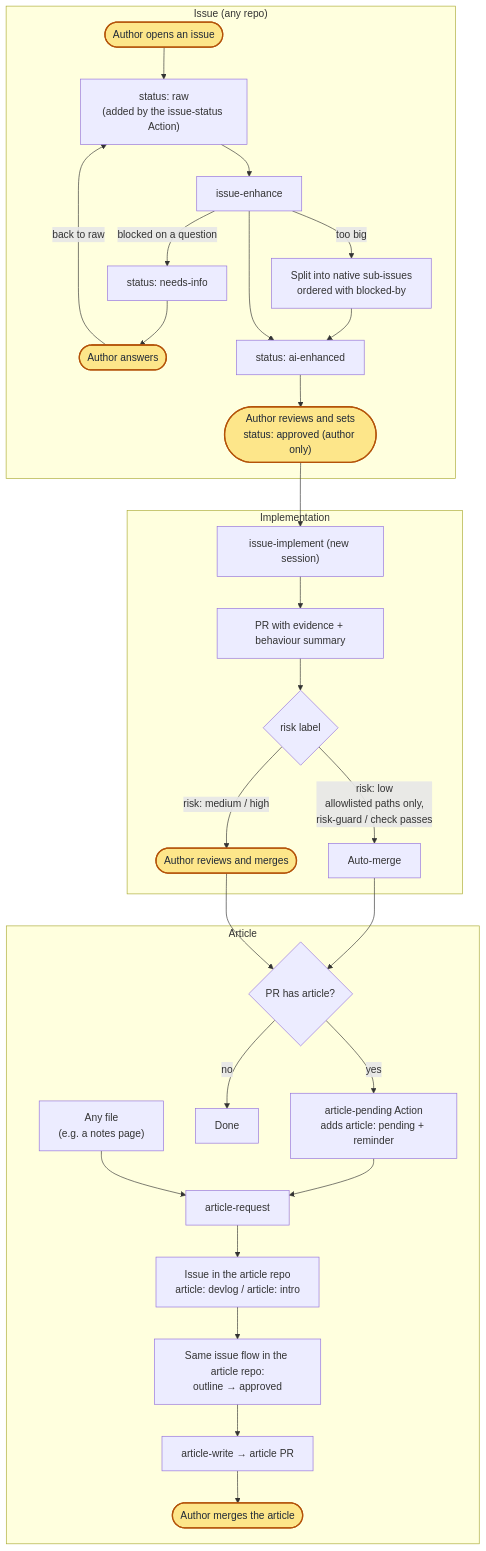
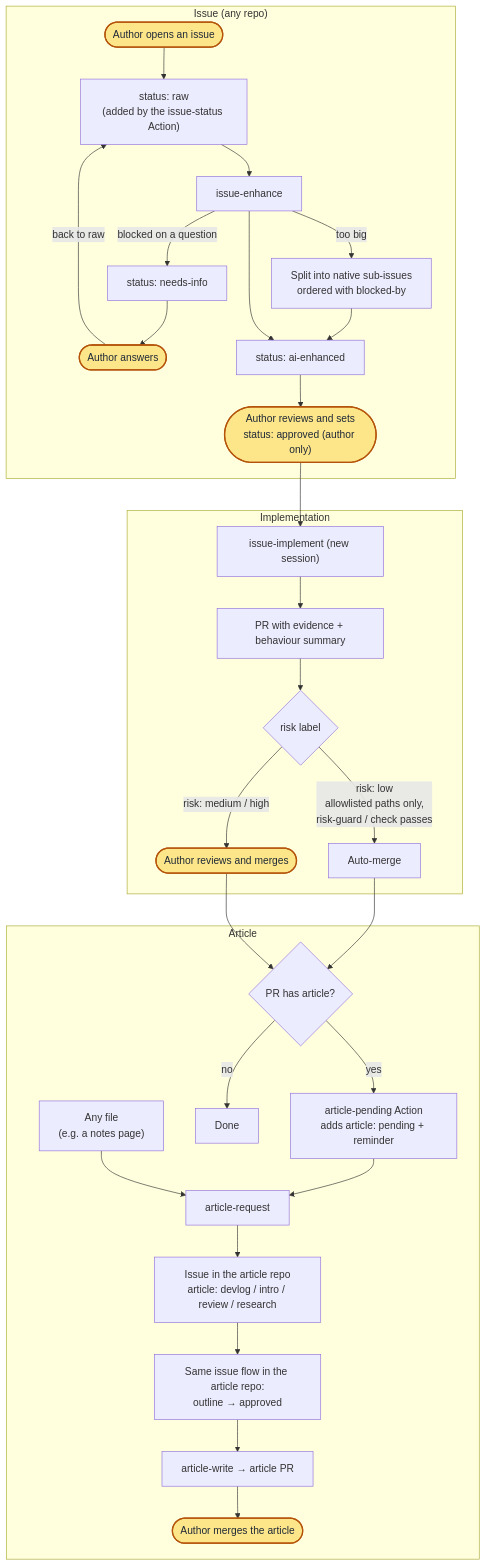
One commit to sean2249/skills changed the diagram in README.md. Above: the diagram before and after it, drawn with Mermaid. The commit also changed other lines of this file and 6 other files, not shown here.

First line of the commit message:
Add review and research article modes with a source map

````diff
--- a/README.md
+++ b/README.md
@@ -34,37 +34,37 @@
 ```mermaid
 flowchart TD
   subgraph ISSUE["Issue (any repo)"]
     A(["Author opens an issue"]):::author --> B["status: raw<br/>(added by the issue-status Action)"]
     B --> C["issue-enhance"]
     C -->|blocked on a question| D["status: needs-info"]
     D --> E(["Author answers"]):::author
     E -->|back to raw| B
     C -->|too big| F["Split into native sub-issues<br/>ordered with blocked-by"]
     F --> G
     C --> G["status: ai-enhanced"]
     G --> H(["Author reviews and sets<br/>status: approved (author only)"]):::author
   end
 
   subgraph IMPL["Implementation"]
     H --> I["issue-implement (new session)"]
     I --> J["PR with evidence + behaviour summary"]
     J --> K{"risk label"}
     K -->|"risk: low<br/>allowlisted paths only,<br/>risk-guard / check passes"| L["Auto-merge"]
     K -->|"risk: medium / high"| M(["Author reviews and merges"]):::author
   end
 
   subgraph ART["Article"]
     L --> N{"PR has article?"}
     M --> N
     N -->|yes| O["article-pending Action<br/>adds article: pending + reminder"]
     N -->|no| Z["Done"]
     O --> P["article-request"]
     Q["Any file<br/>(e.g. a notes page)"] --> P
-    P --> R["Issue in the article repo<br/>article: devlog / article: intro"]
+    P --> R["Issue in the article repo<br/>article: devlog / intro / review / research"]
     R --> S["Same issue flow in the article repo:<br/>outline → approved"]
     S --> T["article-write → article PR"]
     T --> U(["Author merges the article"]):::author
   end
 
   classDef author fill:#fde68a,stroke:#b45309,color:#1f2937,stroke-width:2px
 ```
````
